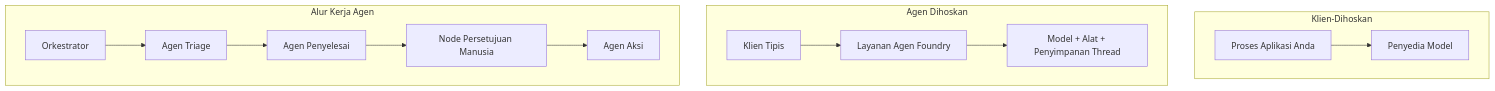
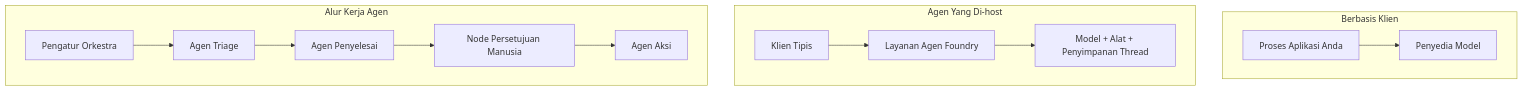
One commit to gabrielmoreira/agent-skills-mirror changed the first of 4 diagrams in mirrors/repos/microsoft@ai-agents-for-beginners/translations/id/16-deploying-scalable-agents/README.md. Above: the diagram before and after it, drawn with Mermaid. The commit also changed other lines of this file and 4262 other files, not shown here.

````diff
--- a/mirrors/repos/microsoft@ai-agents-for-beginners/translations/id/16-deploying-scalable-agents/README.md
+++ b/mirrors/repos/microsoft@ai-agents-for-beginners/translations/id/16-deploying-scalable-agents/README.md
@@ -87,16 +87,16 @@
 ```mermaid
 flowchart TB
-    subgraph P1[Klien-Dihoskan]
+    subgraph P1[Berbasis Klien]
         A1[Proses Aplikasi Anda] --> M1[Penyedia Model]
     end
-    subgraph P2[Agen Dihoskan]
+    subgraph P2[Agen Yang Di-host]
         A2[Klien Tipis] --> F2[Layanan Agen Foundry]
         F2 --> M2[Model + Alat + Penyimpanan Thread]
     end
     subgraph P3[Alur Kerja Agen]
-        A3[Orkestrator] --> S1[Agen Triage]
+        A3[Pengatur Orkestra] --> S1[Agen Triage]
         S1 --> S2[Agen Penyelesai]
         S2 --> H[Node Persetujuan Manusia]
         H --> S3[Agen Aksi]
     end
 ```
````
